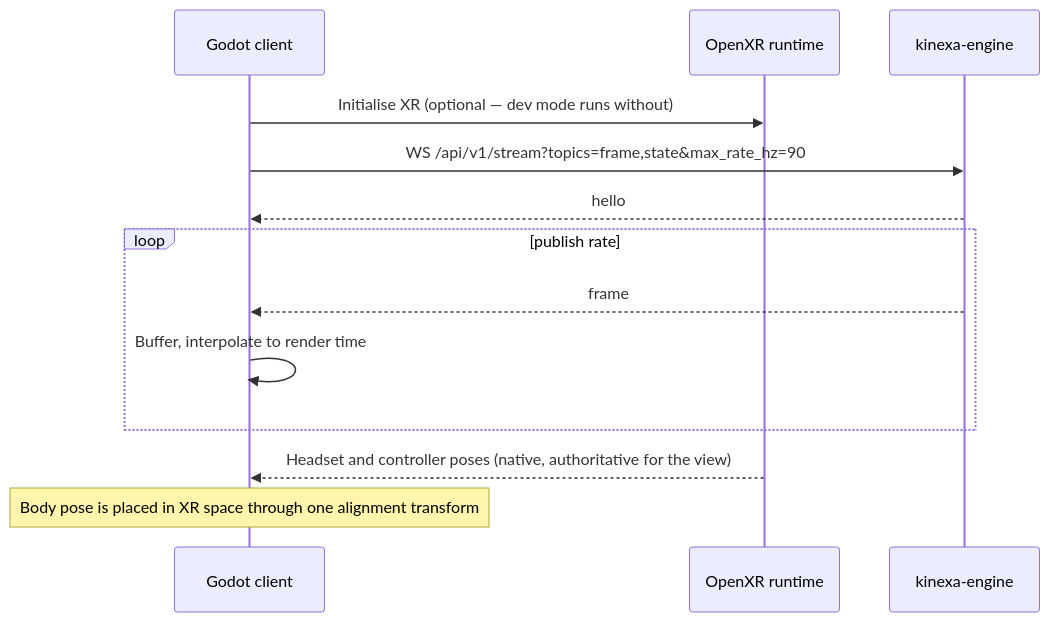
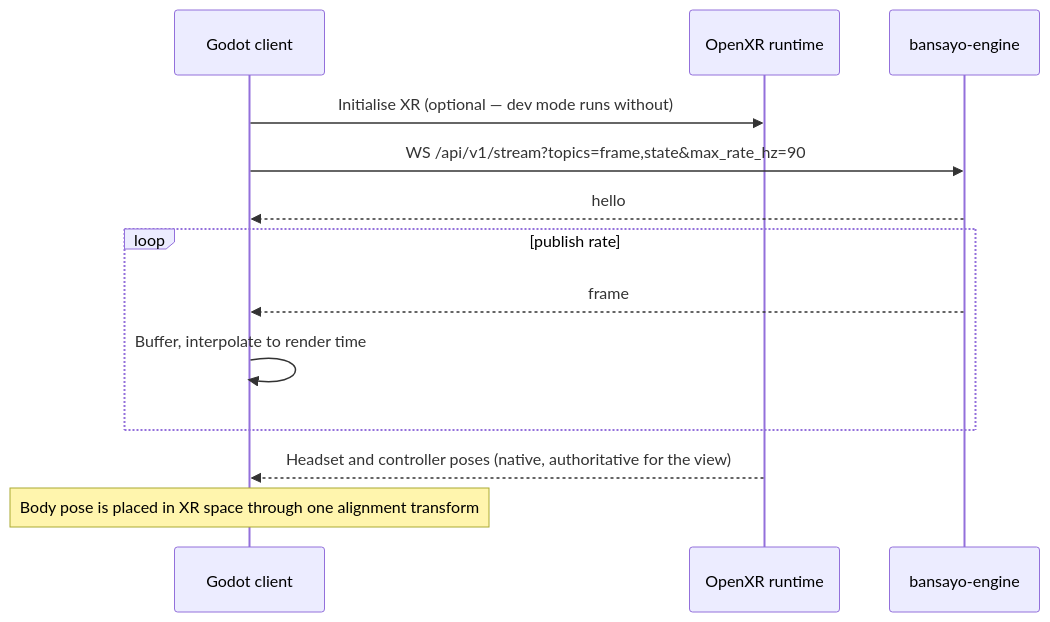
One commit to danielsobrado/Bansayo changed the eighth of 8 diagrams in docs/02-architecture.md. Above: the diagram before and after it, drawn with Mermaid. The commit also changed other lines of this file and 184 other files, not shown here.

````diff
--- a/docs/02-architecture.md
+++ b/docs/02-architecture.md
@@ -261,15 +269,15 @@
 ```mermaid
 sequenceDiagram
   participant G as Godot client
   participant X as OpenXR runtime
-  participant E as kinexa-engine
+  participant E as bansayo-engine
   G->>X: Initialise XR (optional — dev mode runs without)
   G->>E: WS /api/v1/stream?topics=frame,state&max_rate_hz=90
   E-->>G: hello
   loop publish rate
     E-->>G: frame
     G->>G: Buffer, interpolate to render time
   end
   X-->>G: Headset and controller poses (native, authoritative for the view)
   Note over G: Body pose is placed in XR space through one alignment transform
 ```
````
